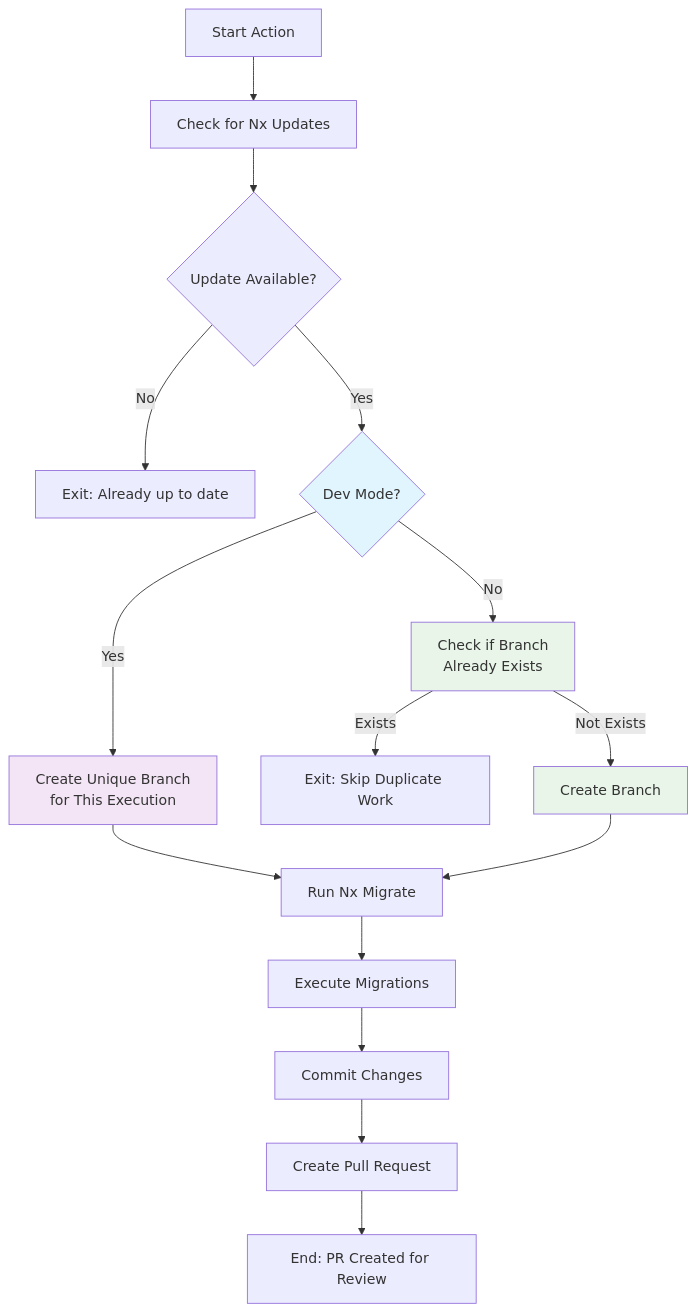
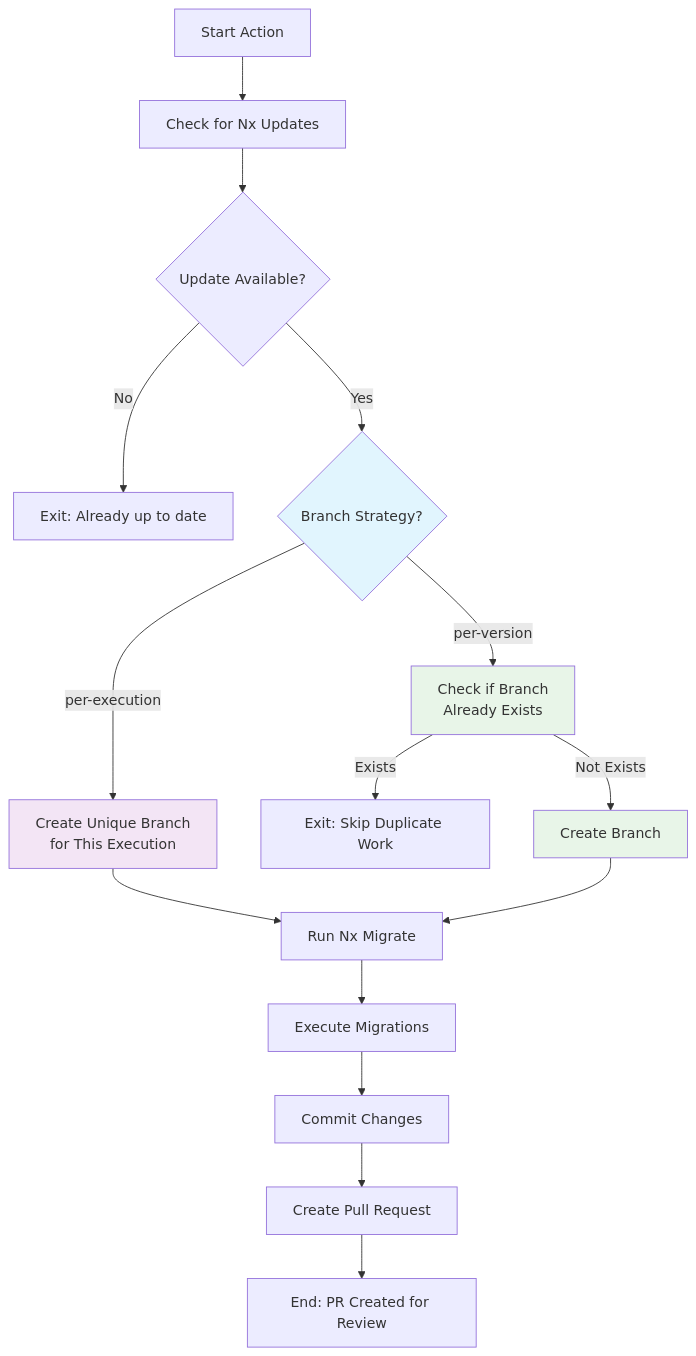
Before and after one commit to gridatek/nx-migrate-action: the diagram in README.md, drawn with Mermaid. The commit also changed other lines of this file and 1 other file, not shown here.

````diff
--- a/README.md
+++ b/README.md
@@ -331,25 +331,25 @@
 ```mermaid
 flowchart TD
     A[Start Action] --> B[Check for Nx Updates]
     B --> C{Update Available?}
     C -->|No| D[Exit: Already up to date]
-    C -->|Yes| E{Dev Mode?}
+    C -->|Yes| E{Branch Strategy?}
 
-    E -->|Yes| F[Create Unique Branch<br/>for This Execution]
-    E -->|No| G[Check if Branch<br/>Already Exists]
+    E -->|per-execution| F[Create Unique Branch<br/>for This Execution]
+    E -->|per-version| G[Check if Branch<br/>Already Exists]
 
     G -->|Exists| H[Exit: Skip Duplicate Work]
     G -->|Not Exists| I[Create Branch]
 
     F --> J[Run Nx Migrate]
     I --> J
     J --> K[Execute Migrations]
     K --> L[Commit Changes]
     L --> P[Create Pull Request]
     P --> S[End: PR Created for Review]
 
     style E fill:#e1f5fe
     style F fill:#f3e5f5
     style G fill:#e8f5e8
     style I fill:#e8f5e8
 ```
````
